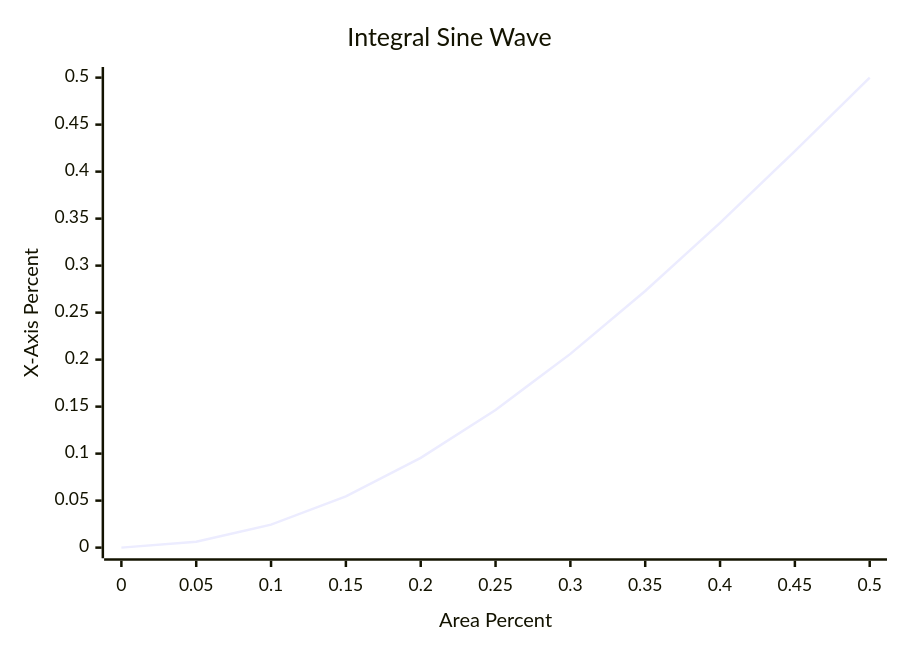
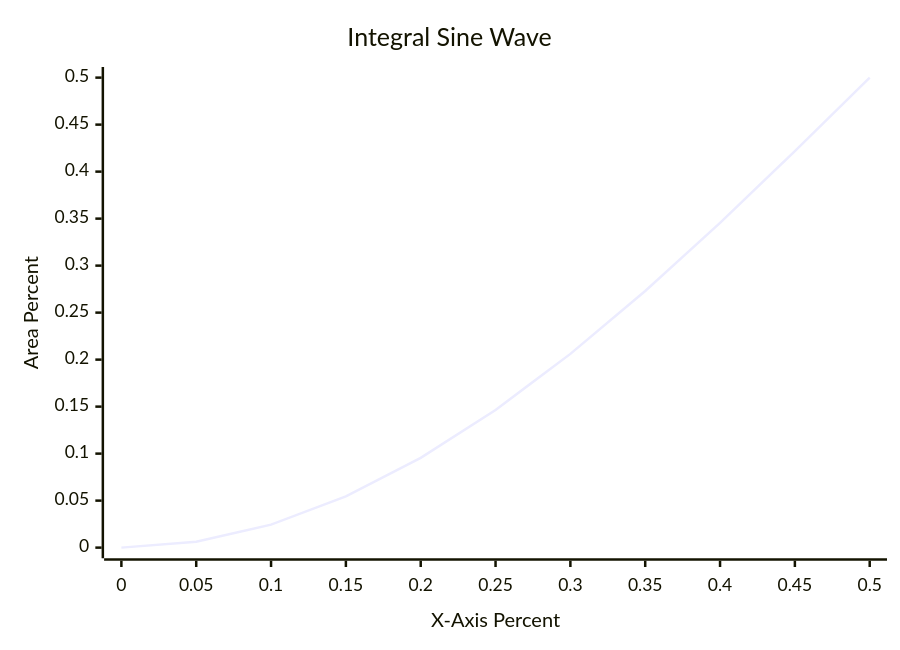
Before and after one commit to korsarNek/korsarNek: the second of 2 diagrams in source/_posts/Hotplate.md, drawn with Mermaid. The commit also changed other lines of this file and 3 other files, not shown here.

Commit message:
Minor adjustments to graphs and readability - switched axis in graphs - reduced footer size which was empty anyway - added a mild glow around the title to make it better visible on different screen sizes against the banner images - aria-label for language flags

````diff
--- a/source/_posts/Hotplate.md
+++ b/source/_posts/Hotplate.md
@@ -229,7 +229,7 @@
 ```mermaid
 xychart-beta
 title "Integral Sine Wave"
-x-axis "Area Percent" [0, 0.05, 0.1, 0.15, 0.2, 0.25, 0.3, 0.35, 0.4, 0.45, 0.5]
-y-axis "X-Axis Percent" 0 --> 0.5
+x-axis "X-Axis Percent" [0, 0.05, 0.1, 0.15, 0.2, 0.25, 0.3, 0.35, 0.4, 0.45, 0.5]
+y-axis "Area Percent" 0 --> 0.5
 line [0, 0.00615582970243, 0.0244717418524, 0.0544967379058, 0.0954915028125, 0.146446609407, 0.206107373854, 0.27300475013, 0.345491502812, 0.42178276748, 0.5]
 ```
````
